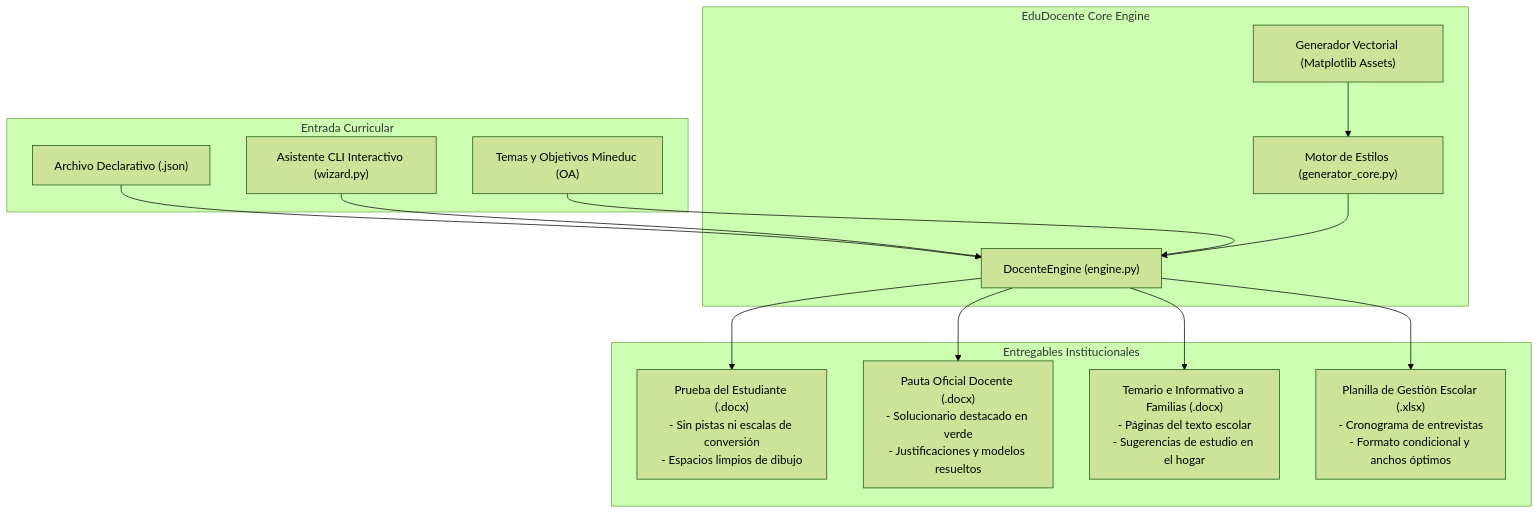
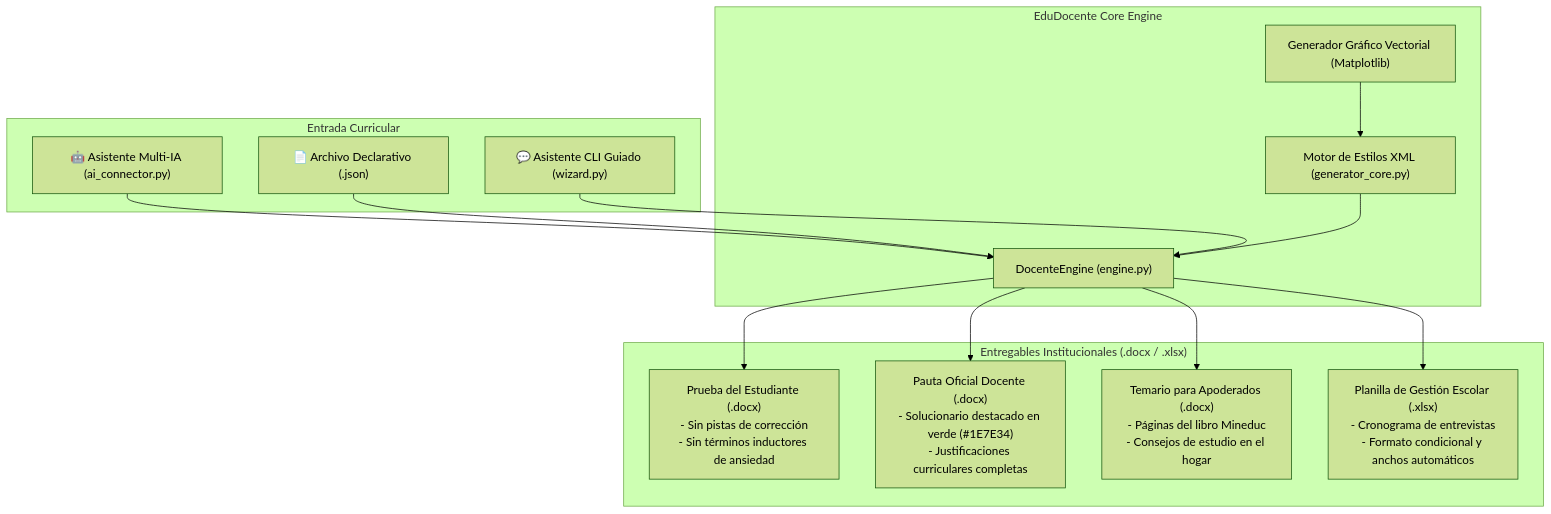
Before and after one commit to JackStar6677-1/edudocente-studio: the second of 2 diagrams in README.md, drawn with Mermaid (forest theme). The commit also changed other lines of this file and 5 other files, not shown here.

````diff
--- a/README.md
+++ b/README.md
@@ -34,32 +104,32 @@
 ```mermaid
 flowchart TD
     subgraph INPUT ["Entrada Curricular"]
-        JSON["Archivo Declarativo (.json)"]
-        WIZ["Asistente CLI Interactivo (wizard.py)"]
-        PROMPT["Temas y Objetivos Mineduc (OA)"]
+        AI["🤖 Asistente Multi-IA (ai_connector.py)"]
+        JSON["📄 Archivo Declarativo (.json)"]
+        WIZ["💬 Asistente CLI Guiado (wizard.py)"]
     end
 
     subgraph ENGINE ["EduDocente Core Engine"]
         DE["DocenteEngine (engine.py)"]
-        GC["Motor de Estilos (generator_core.py)"]
-        VEC["Generador Vectorial (Matplotlib Assets)"]
+        GC["Motor de Estilos XML (generator_core.py)"]
+        VEC["Generador Gráfico Vectorial (Matplotlib)"]
     end
 
-    subgraph DELIVERABLES ["Entregables Institucionales"]
-        EST["Prueba del Estudiante (.docx)\n- Sin pistas ni escalas de conversión\n- Espacios limpios de dibujo"]
-        PAU["Pauta Oficial Docente (.docx)\n- Solucionario destacado en verde\n- Justificaciones y modelos resueltos"]
-        TEM["Temario e Informativo a Familias (.docx)\n- Páginas del texto escolar\n- Sugerencias de estudio en el hogar"]
-        XLS["Planilla de Gestión Escolar (.xlsx)\n- Cronograma de entrevistas\n- Formato condicional y anchos óptimos"]
+    subgraph DELIVERABLES ["Entregables Institucionales (.docx / .xlsx)"]
+        EST["Prueba del Estudiante (.docx)\n- Sin pistas de corrección\n- Sin términos inductores de ansiedad"]
+        PAU["Pauta Oficial Docente (.docx)\n- Solucionario destacado en verde (#1E7E34)\n- Justificaciones curriculares completas"]
+        TEM["Temario para Apoderados (.docx)\n- Páginas del libro Mineduc\n- Consejos de estudio en el hogar"]
+        XLS["Planilla de Gestión Escolar (.xlsx)\n- Cronograma de entrevistas\n- Formato condicional y anchos automáticos"]
     end
 
+    AI --> DE
     JSON --> DE
     WIZ --> DE
-    PROMPT --> DE
     VEC --> GC
     GC --> DE
 
     DE --> EST
     DE --> PAU
     DE --> TEM
     DE --> XLS
 ```
````
